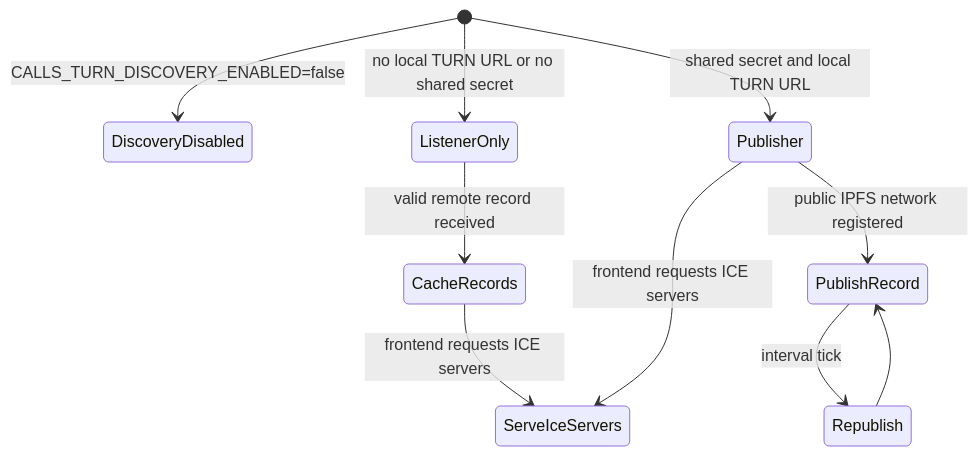
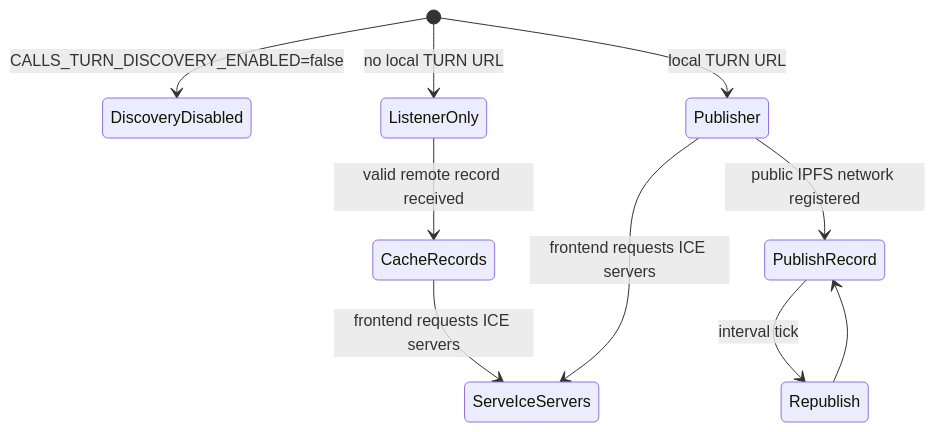
Before and after one commit to haskou/pigeon-swarm-node: the fifth of 5 diagrams in docs/calls-turn-relay-discovery.md, drawn with Mermaid. The commit also changed other lines of this file and 13 other files, not shown here.

Commit message:
fix(calls): 🐛 Add a default TURN shared secret (#268)

````diff
--- a/docs/calls-turn-relay-discovery.md
+++ b/docs/calls-turn-relay-discovery.md
@@ -295,13 +301,13 @@
 ```mermaid
 stateDiagram-v2
     [*] --> DiscoveryDisabled: CALLS_TURN_DISCOVERY_ENABLED=false
-    [*] --> ListenerOnly: no local TURN URL or no shared secret
-    [*] --> Publisher: shared secret and local TURN URL
+    [*] --> ListenerOnly: no local TURN URL
+    [*] --> Publisher: local TURN URL
 
     ListenerOnly --> CacheRecords: valid remote record received
     Publisher --> PublishRecord: public IPFS network registered
     PublishRecord --> Republish: interval tick
     Republish --> PublishRecord
     CacheRecords --> ServeIceServers: frontend requests ICE servers
     Publisher --> ServeIceServers: frontend requests ICE servers
 ```
````
